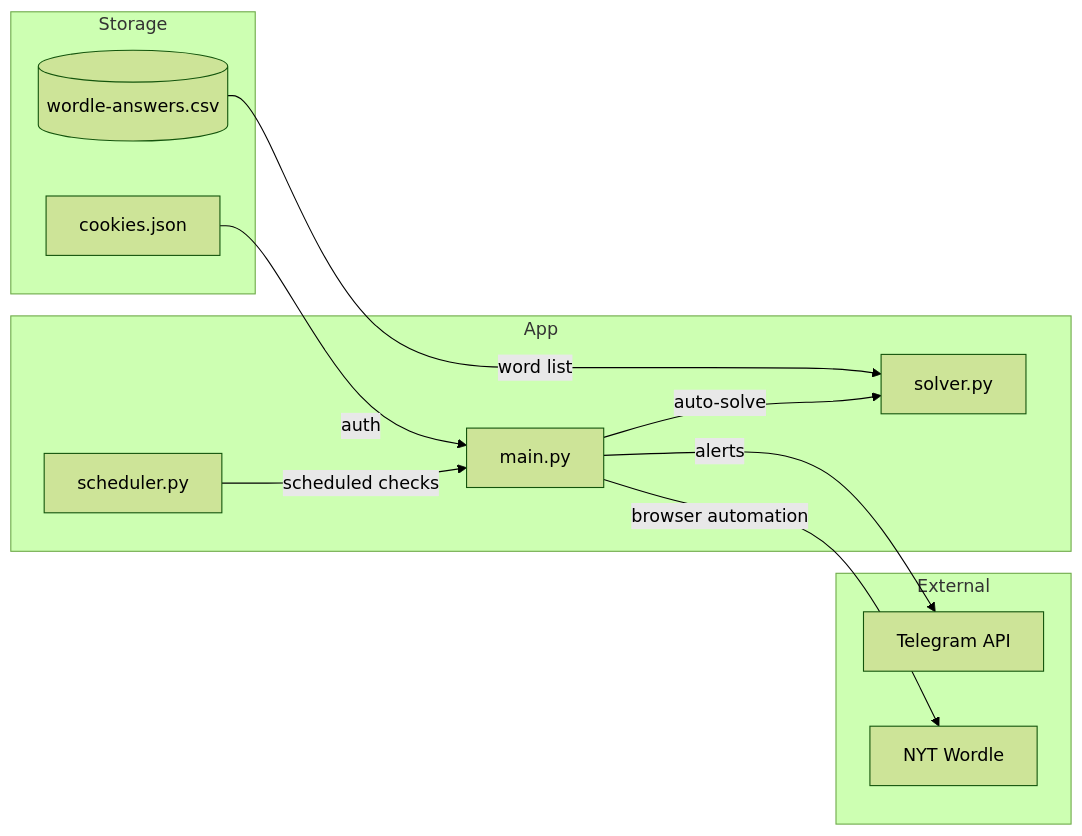
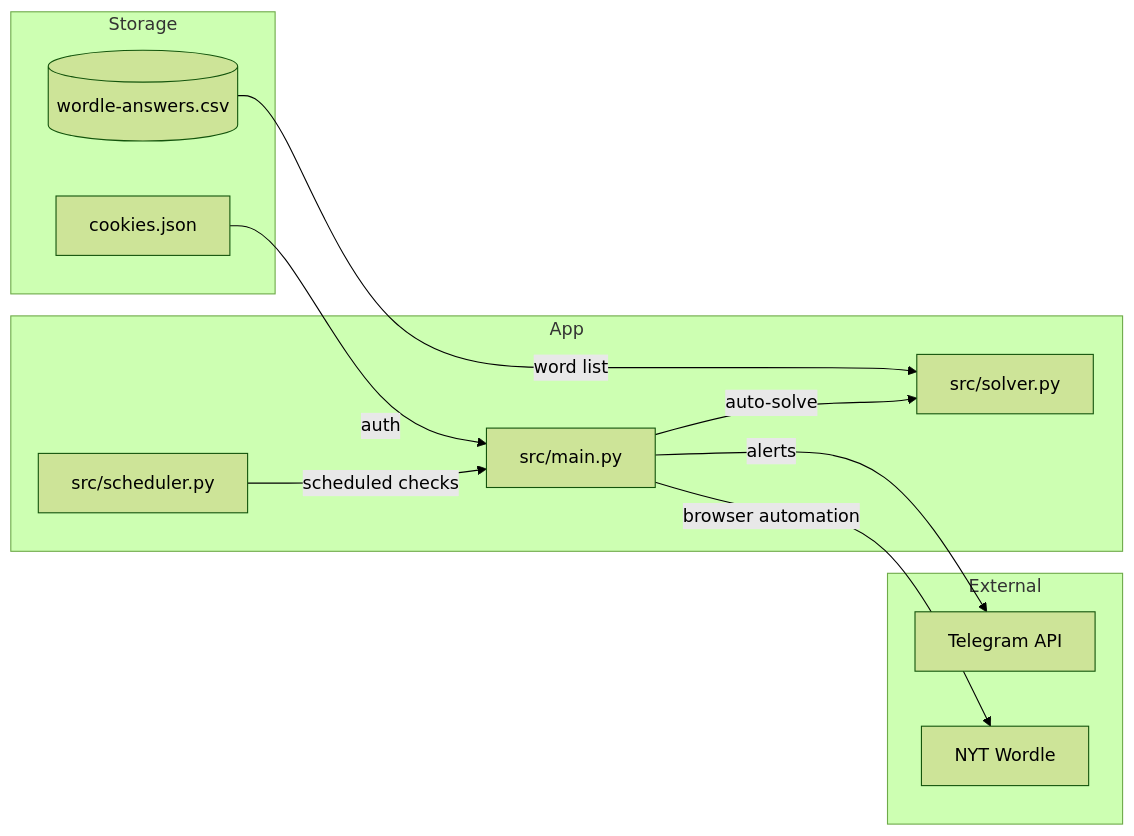
The diagram in README.md (momonala/wordle-alarm), drawn with Mermaid (forest theme) before and after one commit. The commit also changed other lines of this file and 19 other files, not shown here.

````diff
--- a/README.md
+++ b/README.md
@@ -11,23 +11,23 @@
 ```mermaid
 flowchart LR
     subgraph External
         NYT[NYT Wordle]
         TG[Telegram API]
     end
     subgraph Storage
         CSV[(wordle-answers.csv)]
         Cookies[cookies.json]
     end
     subgraph App
-        Scheduler[scheduler.py]
-        Main[main.py]
-        Solver[solver.py]
+        Scheduler[src/scheduler.py]
+        Main[src/main.py]
+        Solver[src/solver.py]
     end
 
     Scheduler -->|scheduled checks| Main
     Cookies -->|auth| Main
     Main -->|browser automation| NYT
     Main -->|alerts| TG
     CSV -->|word list| Solver
     Main -->|auto-solve| Solver
 ```
````
